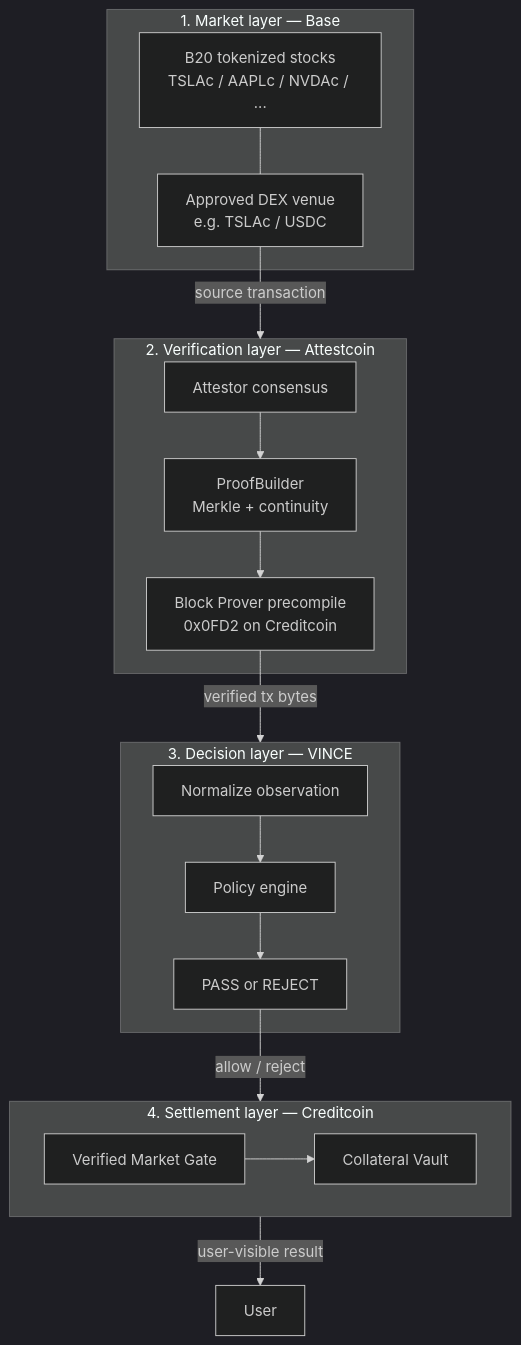
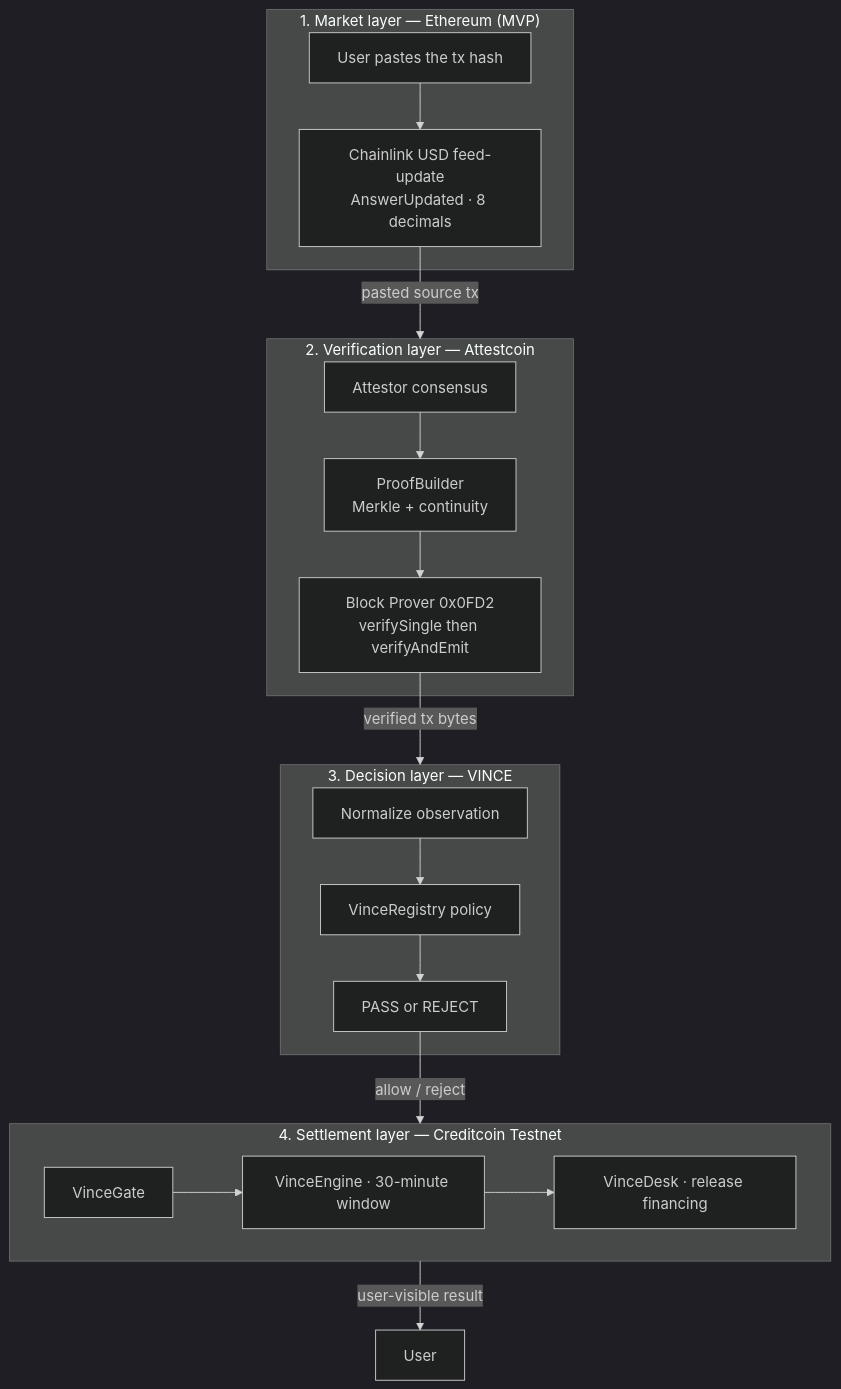
The first of 3 diagrams in ARCHITECTURE.md (godspowerufot/VINCE), drawn with Mermaid (dark theme) before and after one commit. The commit also changed other lines of this file and 73 other files, not shown here.

First line of the commit message:
Settle VINCE on Creditcoin Testnet with gate, desk, and wallet submit.

````diff
--- a/ARCHITECTURE.md
+++ b/ARCHITECTURE.md
@@ -23,33 +23,34 @@
 ```mermaid
 flowchart TB
-  subgraph MARKET["1. Market layer — Base"]
-    B20["B20 tokenized stocks<br/>TSLAc / AAPLc / NVDAc / ..."]
-    DEX["Approved DEX venue<br/>e.g. TSLAc / USDC"]
-    B20 --- DEX
+  subgraph MARKET["1. Market layer — Ethereum (MVP)"]
+    CL["Chainlink USD feed-update<br/>AnswerUpdated · 8 decimals"]
+    USER["User pastes the tx hash"]
+    USER --> CL
   end
 
   subgraph VERIFY["2. Verification layer — Attestcoin"]
     ATT["Attestor consensus"]
     PB["ProofBuilder<br/>Merkle + continuity"]
-    PRE["Block Prover precompile<br/>0x0FD2 on Creditcoin"]
+    PRE["Block Prover 0x0FD2<br/>verifySingle then verifyAndEmit"]
     ATT --> PB --> PRE
   end
 
   subgraph DECIDE["3. Decision layer — VINCE"]
     NORM["Normalize observation"]
-    POL["Policy engine"]
+    POL["VinceRegistry policy"]
     OUT["PASS or REJECT"]
     NORM --> POL --> OUT
   end
 
-  subgraph SETTLE["4. Settlement layer — Creditcoin"]
-    GATE["Verified Market Gate"]
-    VAULT["Collateral Vault"]
-    GATE --> VAULT
+  subgraph SETTLE["4. Settlement layer — Creditcoin Testnet"]
+    GATE["VinceGate"]
+    ENG["VinceEngine · 30-minute window"]
+    DESK["VinceDesk · release financing"]
+    GATE --> ENG --> DESK
   end
 
-  DEX -->|"source transaction"| VERIFY
+  CL -->|"pasted source tx"| VERIFY
   PRE -->|"verified tx bytes"| DECIDE
   OUT -->|"allow / reject"| SETTLE
-  SETTLE -->|"user-visible result"| USER["User"]
+  SETTLE -->|"user-visible result"| HUMAN["User"]
 ```
````
